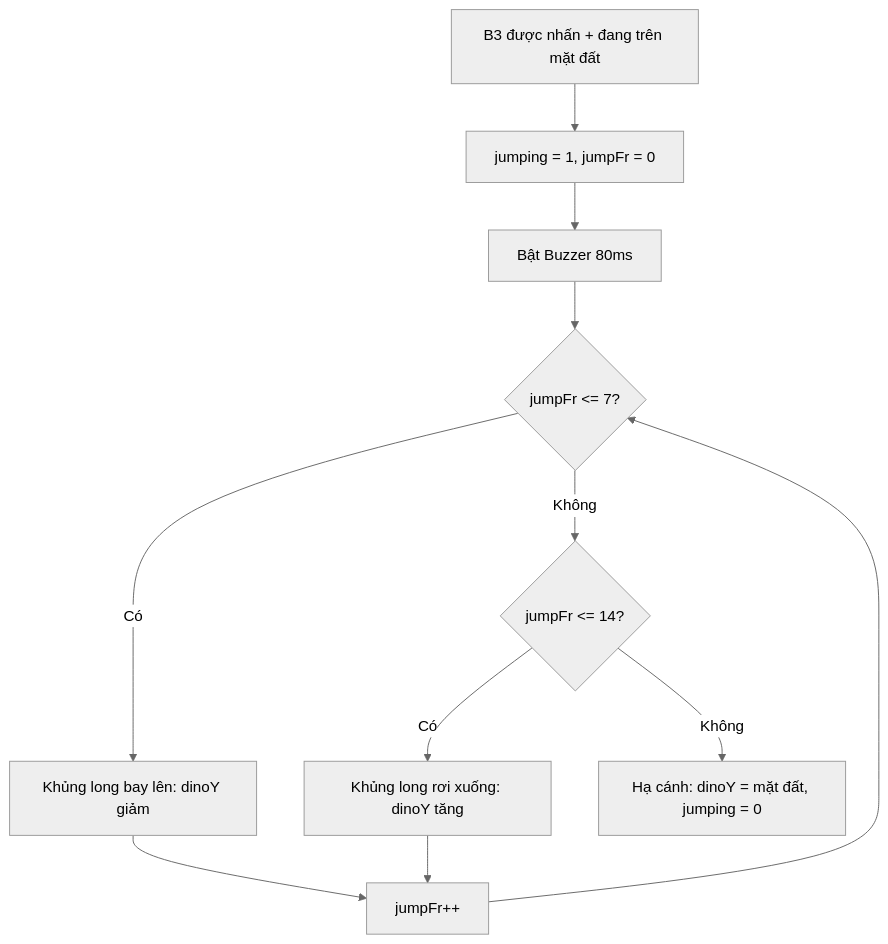
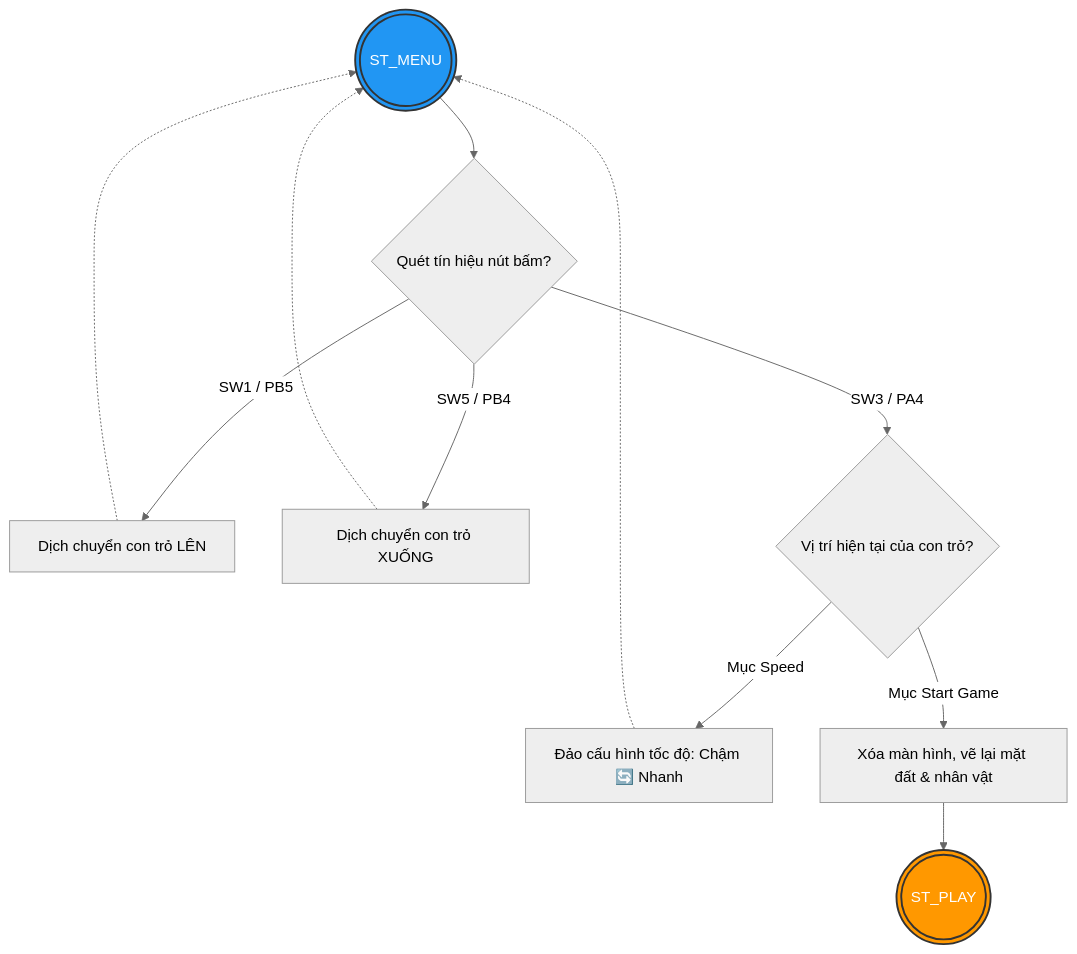
One commit to TamNgocHust/Lumi-DinoGame changed the third of 5 diagrams in README.md. Above: the diagram before and after it, drawn with Mermaid (neutral theme). The commit also changed other lines of this file, not shown here.

First line of the commit message:
Revise README for STM32-ChromeDino project

````diff
--- a/README.md
+++ b/README.md
@@ -84,13 +79,20 @@
 ```mermaid
-flowchart TD
-    A[B3 được nhấn + đang trên mặt đất] --> B[jumping = 1, jumpFr = 0]
-    B --> C[Bật Buzzer 80ms]
-    C --> D{jumpFr <= 7?}
-    D -->|Có| E[Khủng long bay lên: dinoY giảm]
-    D -->|Không| F{jumpFr <= 14?}
-    F -->|Có| G[Khủng long rơi xuống: dinoY tăng]
-    F -->|Không| H[Hạ cánh: dinoY = mặt đất, jumping = 0]
-    E --> I[jumpFr++]
-    G --> I
-    I --> D
+graph TD
+    A(((ST_MENU))) --> B{Quét tín hiệu nút bấm?}
+    
+    B -->|SW1 / PB5| C[Dịch chuyển con trỏ LÊN]
+    B -->|SW5 / PB4| D[Dịch chuyển con trỏ XUỐNG]
+    B -->|SW3 / PA4| E{Vị trí hiện tại của con trỏ?}
+    
+    C -.-> A
+    D -.-> A
+    
+    E -->|Mục Speed| F[Đảo cấu hình tốc độ: Chậm 🔄 Nhanh]
+    F -.-> A
+    
+    E -->|Mục Start Game| G[Xóa màn hình, vẽ lại mặt đất & nhân vật]
+    G --> H(((ST_PLAY)))
+    
+    style A fill:#2196F3,stroke:#333,stroke-width:2px,color:#fff
+    style H fill:#FF9800,stroke:#333,stroke-width:2px,color:#fff
 ```
````
